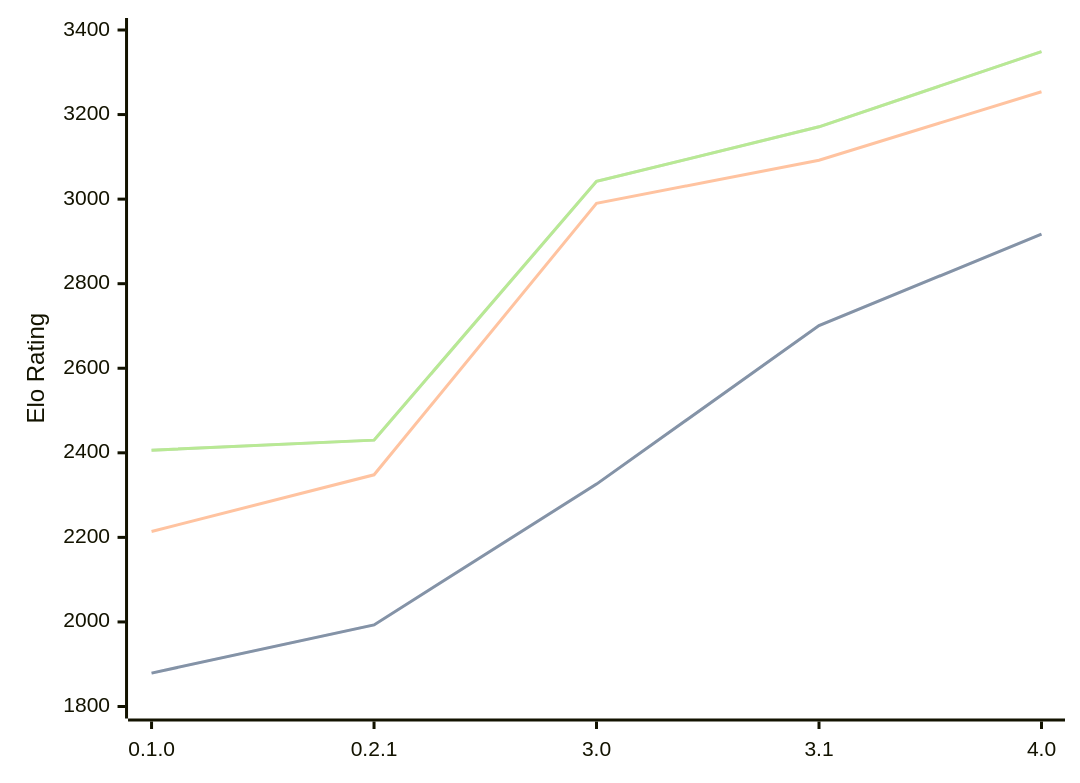
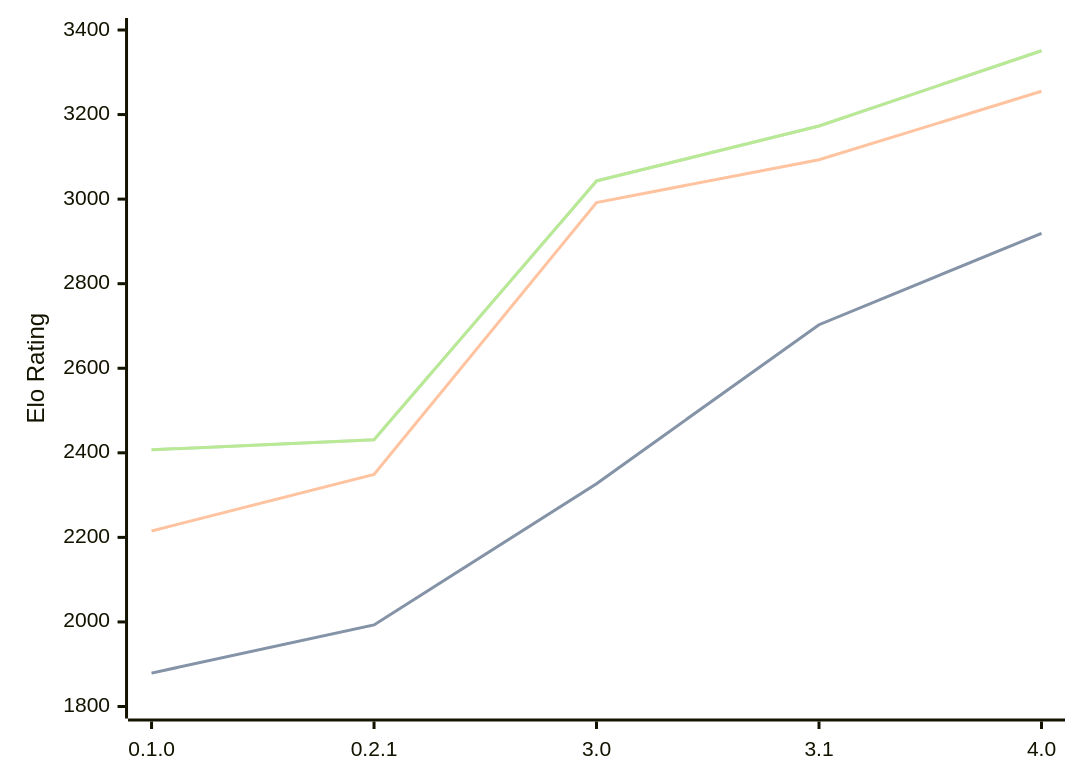
One commit to computer-chess-index/cci changed the diagram in engines/Sykora.md. Above: the diagram before and after it, drawn with Mermaid. The commit also changed other lines of this file, not shown here.

Commit message:
Update CCI Ratings (ELO VLTC) - 2026-08-15

````diff
--- a/engines/Sykora.md
+++ b/engines/Sykora.md
@@ -36,11 +36,11 @@
 ```mermaid
 %%{init: {"theme":"base","themeVariables":{"seriesColors:['#a3a3a3','#222221','#faa371']}}}%%
 xychart-beta
   x-axis ["0.1.0", "0.2.1", "3.0", "3.1", "4.0"]
   y-axis "Elo Rating" 1800 --> 3400
-  line "STC (8.0+0.08s)" [1879, 1993, 2326, 2701, 2917]
-  line "STC (8.0+0.08s)" [1879, 1993, 2326, 2701, 2917]
-  line "LTC (60.0+0.60s)" [2214, 2348, 2990, 3092, 3254]
-  line "VLTC (2m24s+1.12s)" [2406, 2430, 3042, 3171, 3349]
-  line "VLTC (2m24s+1.12s)" [2406, 2430, 3042, 3171, 3349]
+  line "STC (8.0+0.08s)" [1879, 1993, 2327, 2703, 2919]
+  line "STC (8.0+0.08s)" [1879, 1993, 2327, 2703, 2919]
+  line "LTC (60.0+0.60s)" [2215, 2349, 2992, 3093, 3255]
+  line "VLTC (2m24s+1.12s)" [2407, 2431, 3043, 3173, 3351]
+  line "VLTC (2m24s+1.12s)" [2407, 2431, 3043, 3173, 3351]
 ```
````
